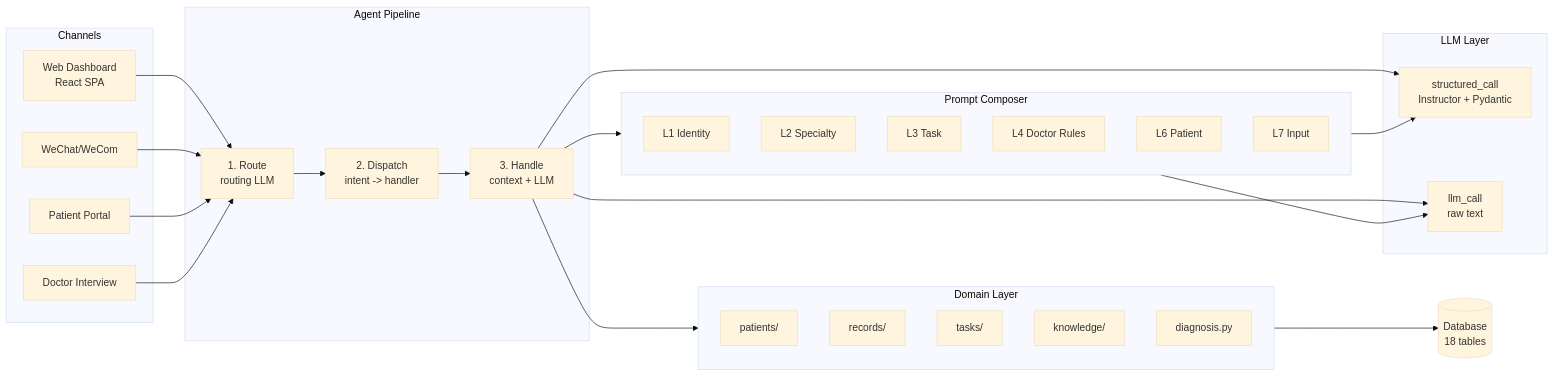
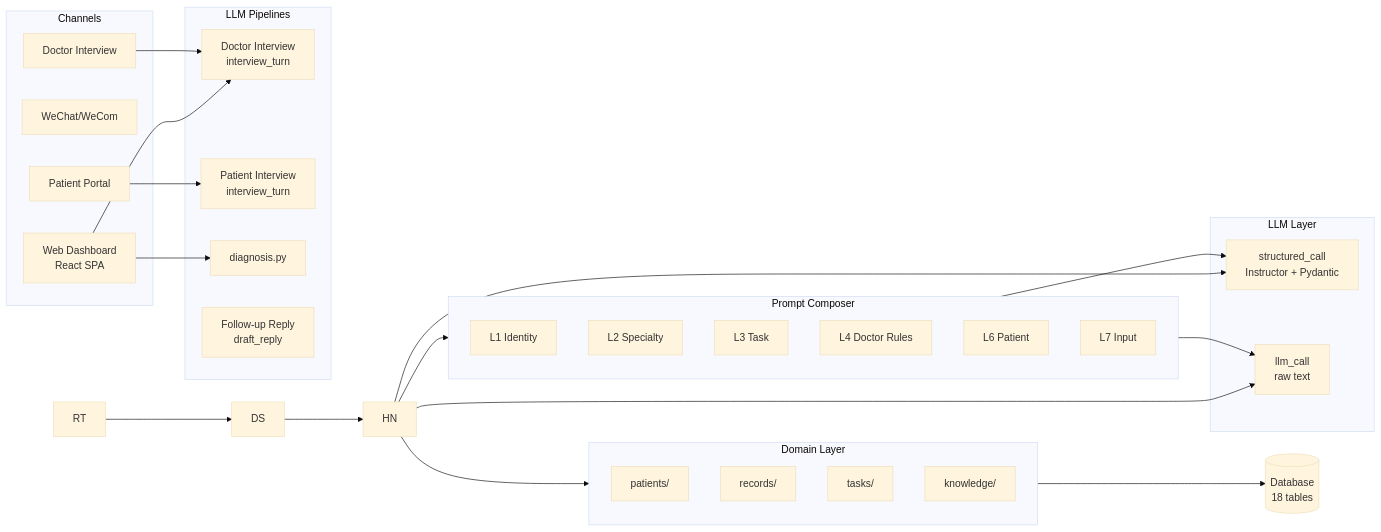
Before and after one commit to moments8890/doctor-ai-agent: the first of 11 diagrams in docs/architecture.md, drawn with Mermaid (base theme). The commit also changed other lines of this file and 54 other files, not shown here.

````diff
--- a/docs/architecture.md
+++ b/docs/architecture.md
@@ -34,54 +34,55 @@
 ```mermaid
 graph LR
     subgraph Channels
         WEB[Web Dashboard<br/>React SPA]
         WX[WeChat/WeCom]
         PT[Patient Portal]
         INT[Doctor Interview]
     end
 
-    subgraph Agent["Agent Pipeline"]
-        RT[1. Route<br/>routing LLM]
-        DS[2. Dispatch<br/>intent -> handler]
-        HN[3. Handle<br/>context + LLM]
+    subgraph Pipelines["LLM Pipelines"]
+        DI[Doctor Interview<br/>interview_turn]
+        PI[Patient Interview<br/>interview_turn]
+        DX[Diagnosis<br/>run_diagnosis]
+        FR[Follow-up Reply<br/>draft_reply]
     end
 
     subgraph LLM["LLM Layer"]
         SC[structured_call<br/>Instructor + Pydantic]
         LC[llm_call<br/>raw text]
     end
 
-    WEB --> RT
-    WX --> RT
-    PT --> RT
-    INT --> RT
+    WEB --> DI
+    WEB --> DX
+    PT --> PI
+    INT --> DI
     RT --> DS --> HN
     HN --> SC
     HN --> LC
 
     subgraph Compose["Prompt Composer"]
         L1[L1 Identity]
         L2[L2 Specialty]
         L3[L3 Task]
         L4[L4 Doctor Rules]
         L6[L6 Patient]
         L7[L7 Input]
     end
 
     HN --> Compose
     Compose --> SC
     Compose --> LC
 
     subgraph Domain["Domain Layer"]
         PAT[patients/]
         REC[records/]
         TSK[tasks/]
         KNW[knowledge/]
         DX[diagnosis.py]
     end
 
     HN --> Domain
 
     DB[(Database<br/>18 tables)]
     Domain --> DB
 ```
````
